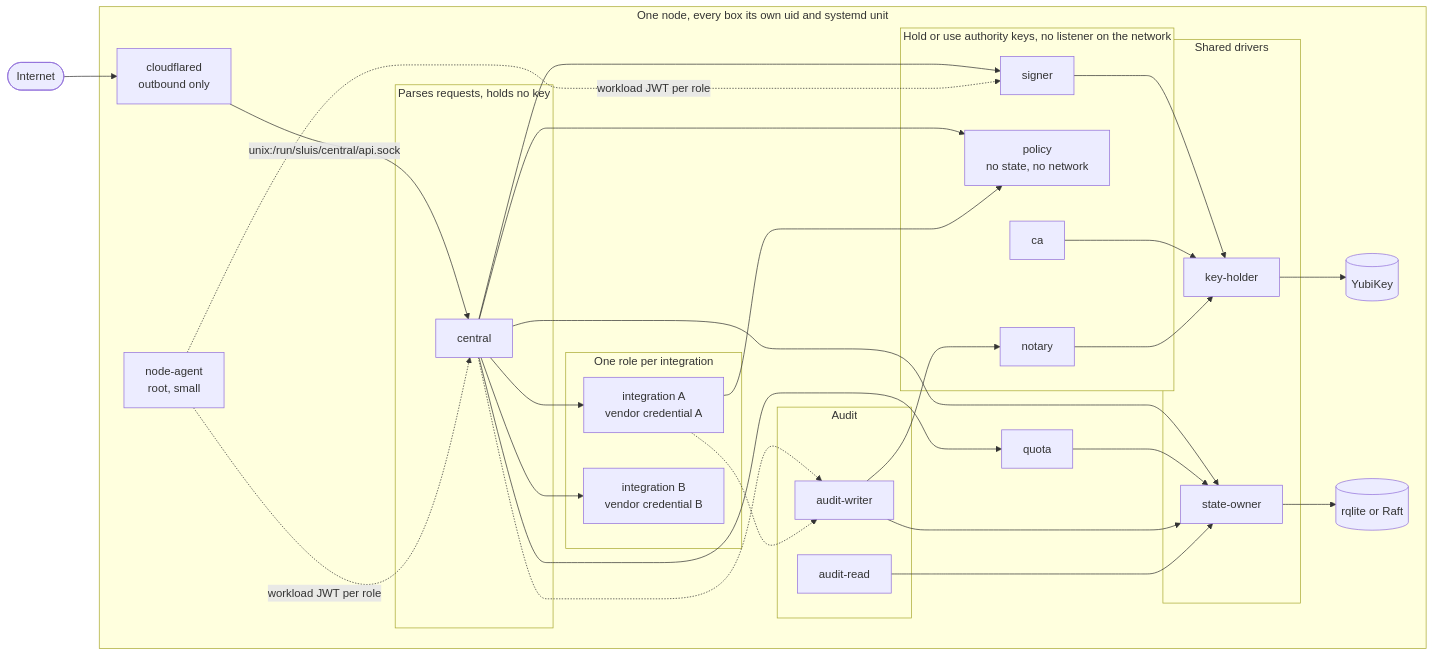
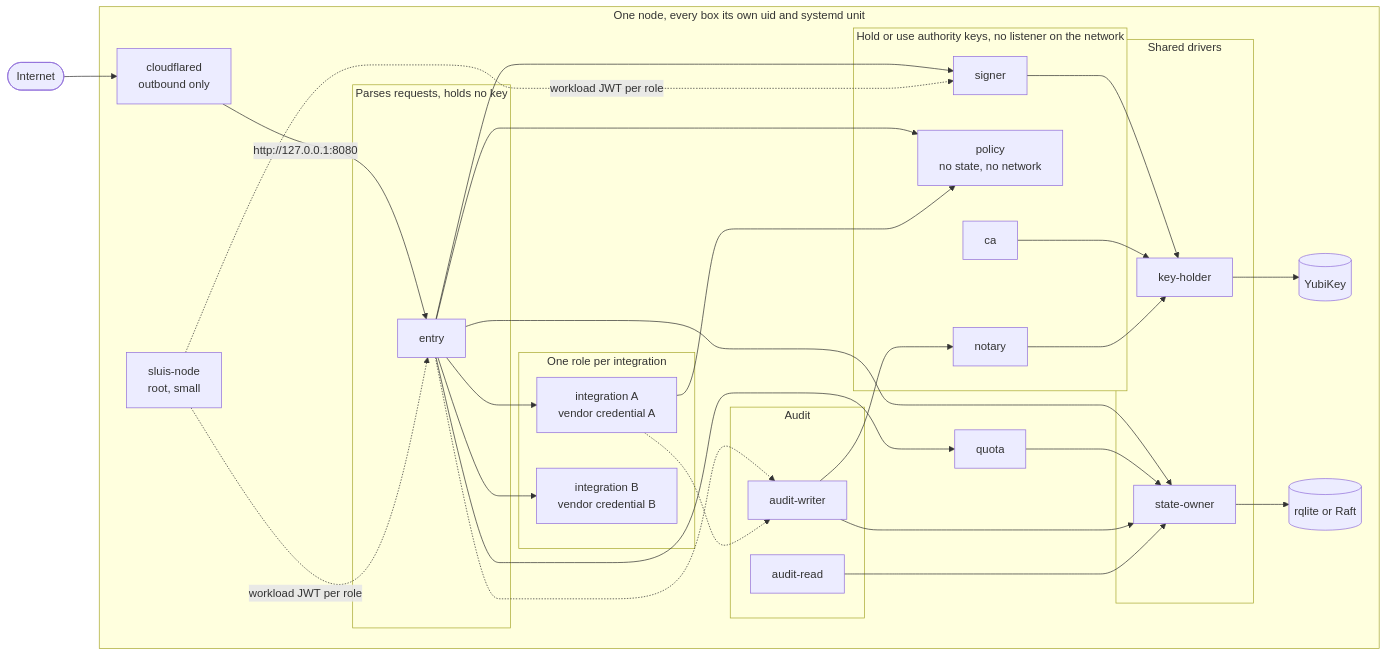
Before and after one commit to truvity/sluis: the diagram in docs/architecture/processes.md, drawn with Mermaid. The commit also changed other lines of this file and 26 other files, not shown here.

````diff
--- a/docs/architecture/processes.md
+++ b/docs/architecture/processes.md
@@ -103,63 +95,63 @@
 ```mermaid
 flowchart LR
   net(["Internet"])
 
   subgraph node["One node, every box its own uid and systemd unit"]
     cf["cloudflared<br/>outbound only"]
 
     subgraph front["Parses requests, holds no key"]
-      central["central"]
+      entry["entry"]
     end
 
     subgraph authority["Hold or use authority keys, no listener on the network"]
       signer["signer"]
       policy["policy<br/>no state, no network"]
       ca["ca"]
       notary["notary"]
     end
 
     subgraph integ["One role per integration"]
       gh["integration A<br/>vendor credential A"]
       cl["integration B<br/>vendor credential B"]
     end
 
     subgraph auditp["Audit"]
       aw["audit-writer"]
       ar["audit-read"]
     end
 
     quota["quota"]
 
     subgraph med["Shared drivers"]
       kh["key-holder"]
       so["state-owner"]
     end
 
-    agent["node-agent<br/>root, small"]
+    agent["sluis-node<br/>root, small"]
     dev[("YubiKey")]
     db[("rqlite or Raft")]
   end
 
   net --> cf
-  cf -->|"unix:/run/sluis/central/api.sock"| central
-  central --> signer
-  central --> policy
-  central --> quota
-  central --> gh
-  central --> cl
+  cf -->|"http://127.0.0.1:8080"| entry
+  entry --> signer
+  entry --> policy
+  entry --> quota
+  entry --> gh
+  entry --> cl
   gh --> policy
   signer --> kh
   ca --> kh
   notary --> kh
   kh --> dev
-  central --> so
+  entry --> so
   quota --> so
   aw --> so
   ar --> so
   so --> db
-  central -.-> aw
+  entry -.-> aw
   gh -.-> aw
   aw --> notary
-  agent -.->|"workload JWT per role"| central
+  agent -.->|"workload JWT per role"| entry
   agent -.->|"workload JWT per role"| signer
 ```
````
